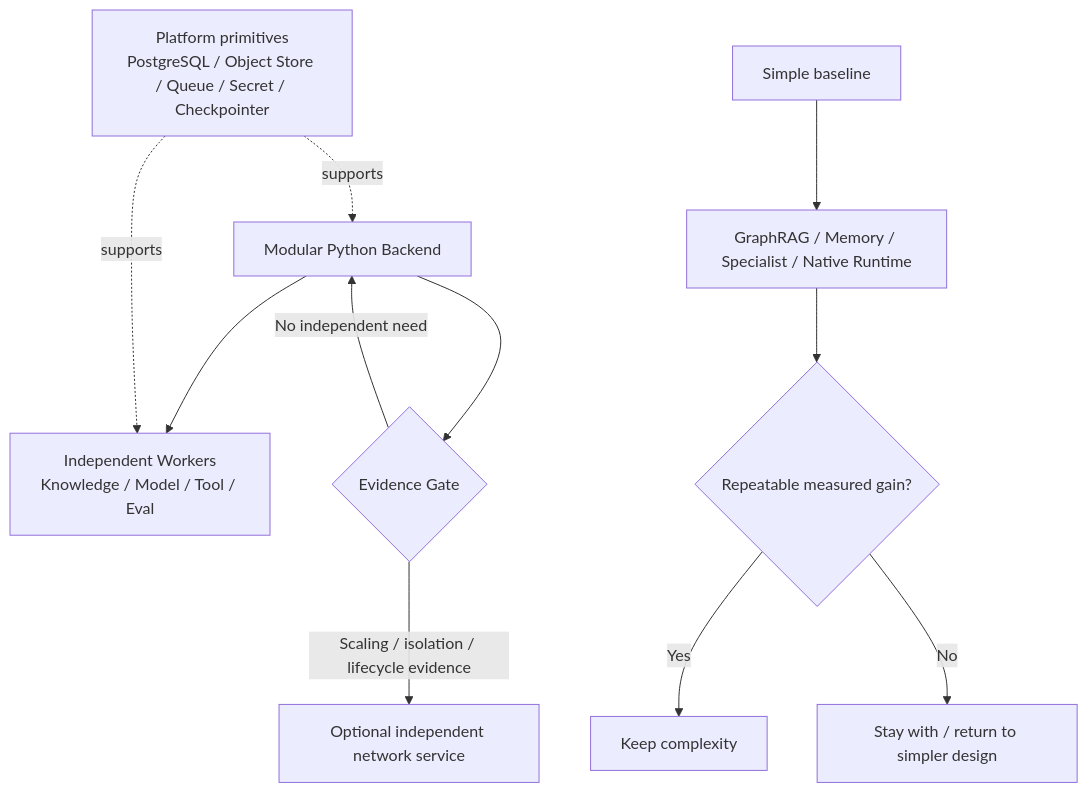
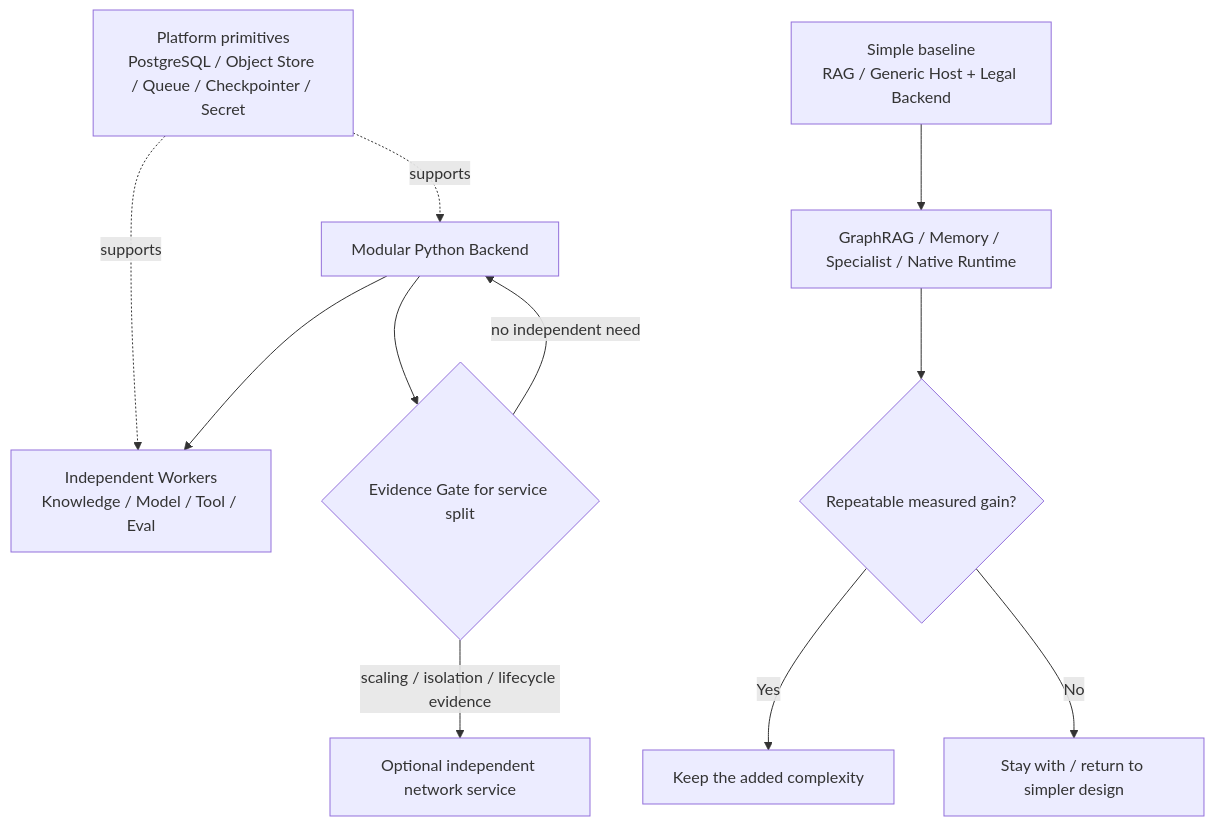
Before and after one commit to ProfessorZhi/Zuno: the sixth of 6 diagrams in docs/architecture/architecture-views.md, drawn with Mermaid. The commit also changed other lines of this file and 7 other files, not shown here.

First line of the commit message:
docs: redesign architecture around fact authority and recovery

````diff
--- a/docs/architecture/architecture-views.md
+++ b/docs/architecture/architecture-views.md
@@ -173,24 +143,24 @@
 ```mermaid
 flowchart TB
-  START[Modular Python Backend]
+  BACKEND[Modular Python Backend]
   WORKERS[Independent Workers\nKnowledge / Model / Tool / Eval]
-  PLATFORM[Platform primitives\nPostgreSQL / Object Store / Queue / Secret / Checkpointer]
-  GATE{Evidence Gate}
+  PLATFORM[Platform primitives\nPostgreSQL / Object Store / Queue / Checkpointer / Secret]
+  SPLIT{Evidence Gate for service split}
   SERVICE[Optional independent network service]
-  BASELINE[Simple baseline]
+  SIMPLE[Simple baseline\nRAG / Generic Host + Legal Backend]
   COMPLEX[GraphRAG / Memory / Specialist / Native Runtime]
   EVAL{Repeatable measured gain?}
-  KEEP[Keep complexity]
+  KEEP[Keep the added complexity]
   REMOVE[Stay with / return to simpler design]
 
-  START --> WORKERS
-  PLATFORM -. supports .-> START
+  PLATFORM -. supports .-> BACKEND
   PLATFORM -. supports .-> WORKERS
-  START --> GATE
-  GATE -->|Scaling / isolation / lifecycle evidence| SERVICE
-  GATE -->|No independent need| START
+  BACKEND --> WORKERS
+  BACKEND --> SPLIT
+  SPLIT -->|scaling / isolation / lifecycle evidence| SERVICE
+  SPLIT -->|no independent need| BACKEND
 
-  BASELINE --> COMPLEX --> EVAL
+  SIMPLE --> COMPLEX --> EVAL
   EVAL -->|Yes| KEEP
   EVAL -->|No| REMOVE
 ```
````
